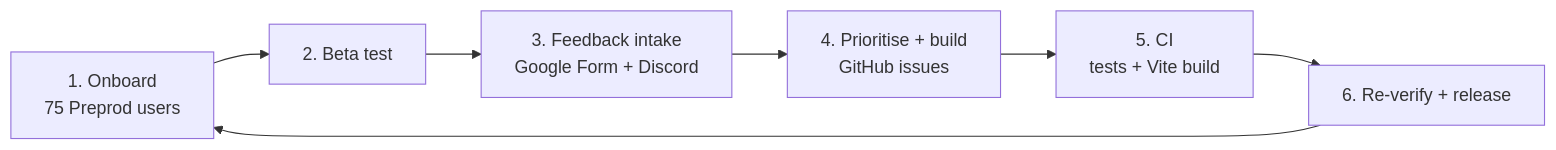
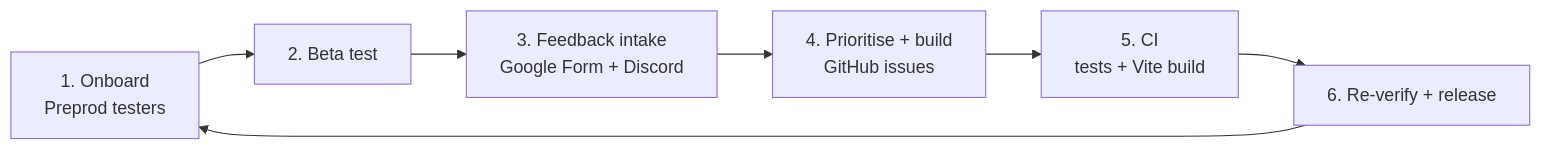
One commit to avishrakshe/Private-OTC-Agent-Desk-On-Midnight- changed the ninth of 9 diagrams in README.md. Above: the diagram before and after it, drawn with Mermaid. The commit also changed other lines of this file and 44 other files, not shown here.

````diff
--- a/README.md
+++ b/README.md
@@ -554,9 +581,9 @@
 ```mermaid
 flowchart LR
-    A["1. Onboard<br/>75 Preprod users"] --> B["2. Beta test"]
+    A["1. Onboard<br/>Preprod testers"] --> B["2. Beta test"]
     B --> C["3. Feedback intake<br/>Google Form + Discord"]
     C --> D["4. Prioritise + build<br/>GitHub issues"]
     D --> E["5. CI<br/>tests + Vite build"]
     E --> F["6. Re-verify + release"]
     F --> A
 ```
````
